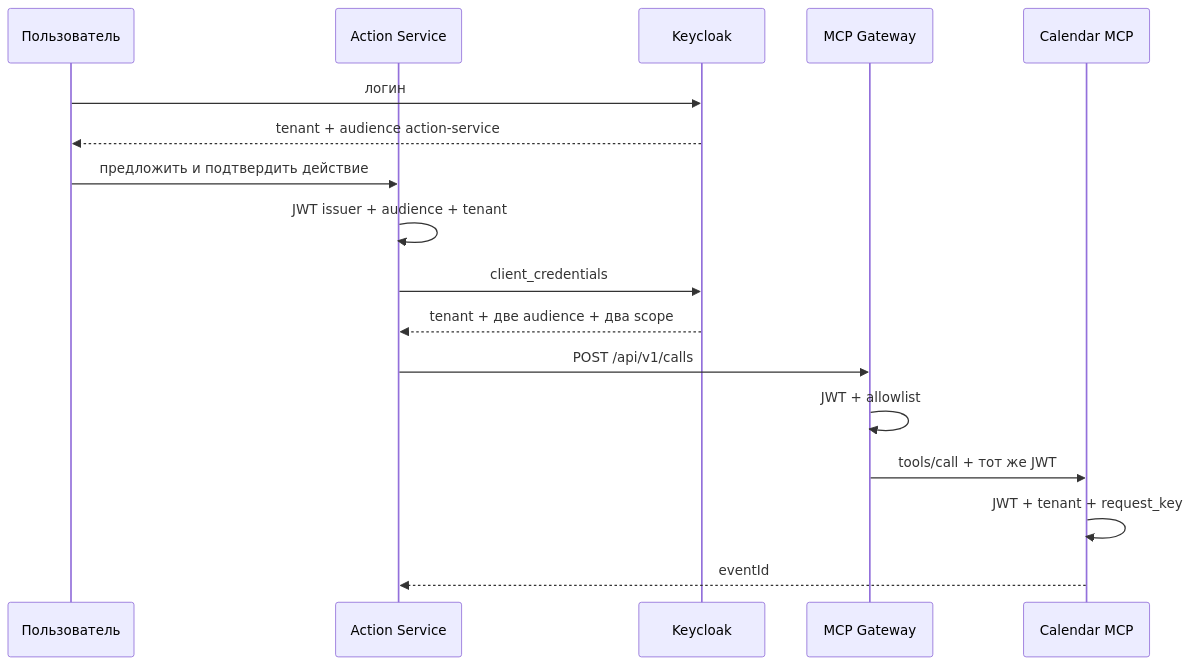
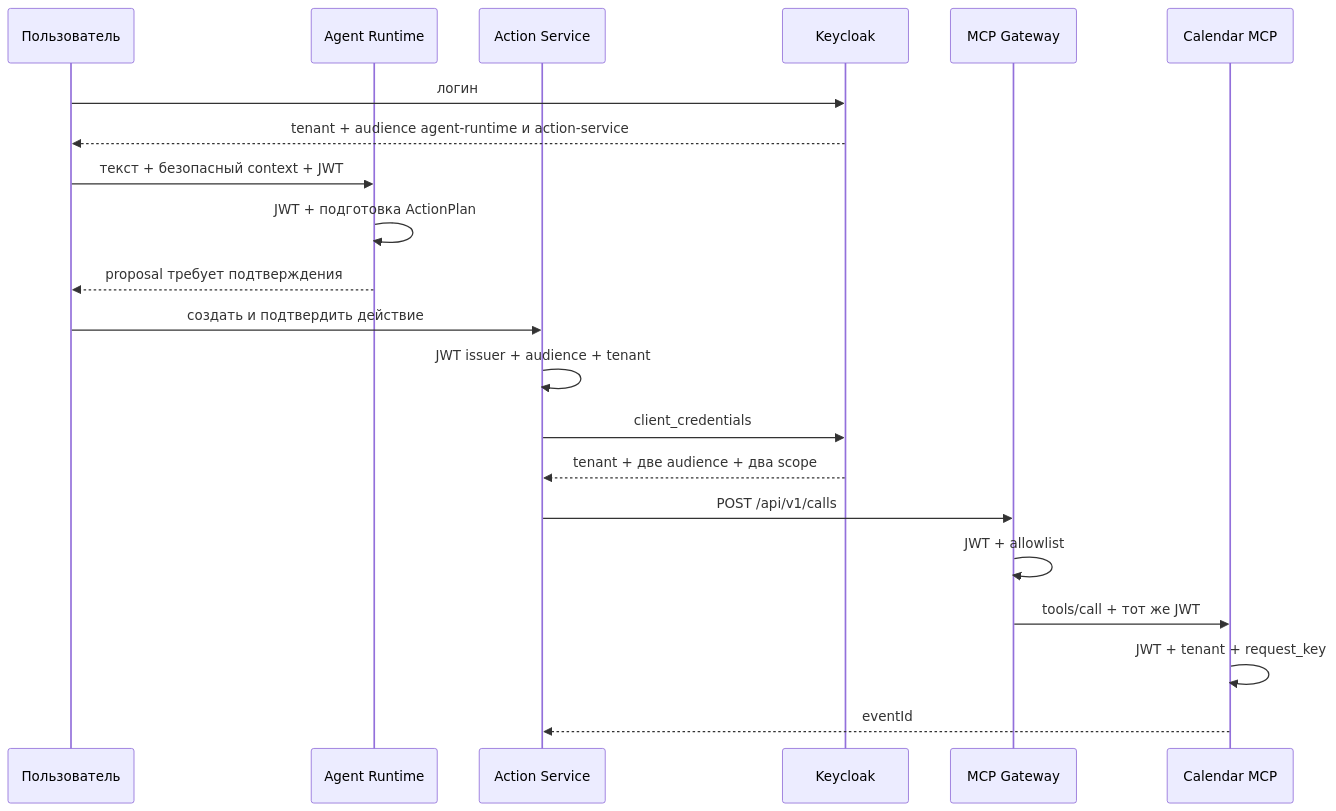
Before and after one commit to portable-agent/deploy: the diagram in docs/architecture.md, drawn with Mermaid. The commit also changed other lines of this file and 13 other files, not shown here.

First line of the commit message:
feat: add agent runtime to local application stack

````diff
--- a/docs/architecture.md
+++ b/docs/architecture.md
@@ -25,20 +25,24 @@
 ```mermaid
 sequenceDiagram
     participant User as Пользователь
+    participant Agent as Agent Runtime
     participant Action as Action Service
     participant Keycloak
     participant Gateway as MCP Gateway
     participant Calendar as Calendar MCP
 
     User->>Keycloak: логин
-    Keycloak-->>User: tenant + audience action-service
-    User->>Action: предложить и подтвердить действие
+    Keycloak-->>User: tenant + audience agent-runtime и action-service
+    User->>Agent: текст + безопасный context + JWT
+    Agent->>Agent: JWT + подготовка ActionPlan
+    Agent-->>User: proposal требует подтверждения
+    User->>Action: создать и подтвердить действие
     Action->>Action: JWT issuer + audience + tenant
     Action->>Keycloak: client_credentials
     Keycloak-->>Action: tenant + две audience + два scope
     Action->>Gateway: POST /api/v1/calls
     Gateway->>Gateway: JWT + allowlist
     Gateway->>Calendar: tools/call + тот же JWT
     Calendar->>Calendar: JWT + tenant + request_key
     Calendar-->>Action: eventId
 ```
````
